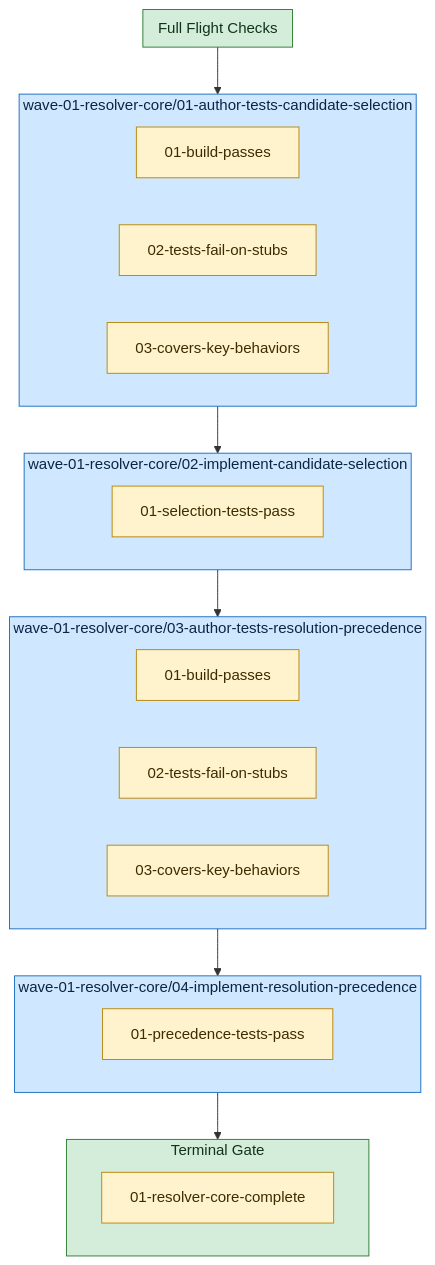
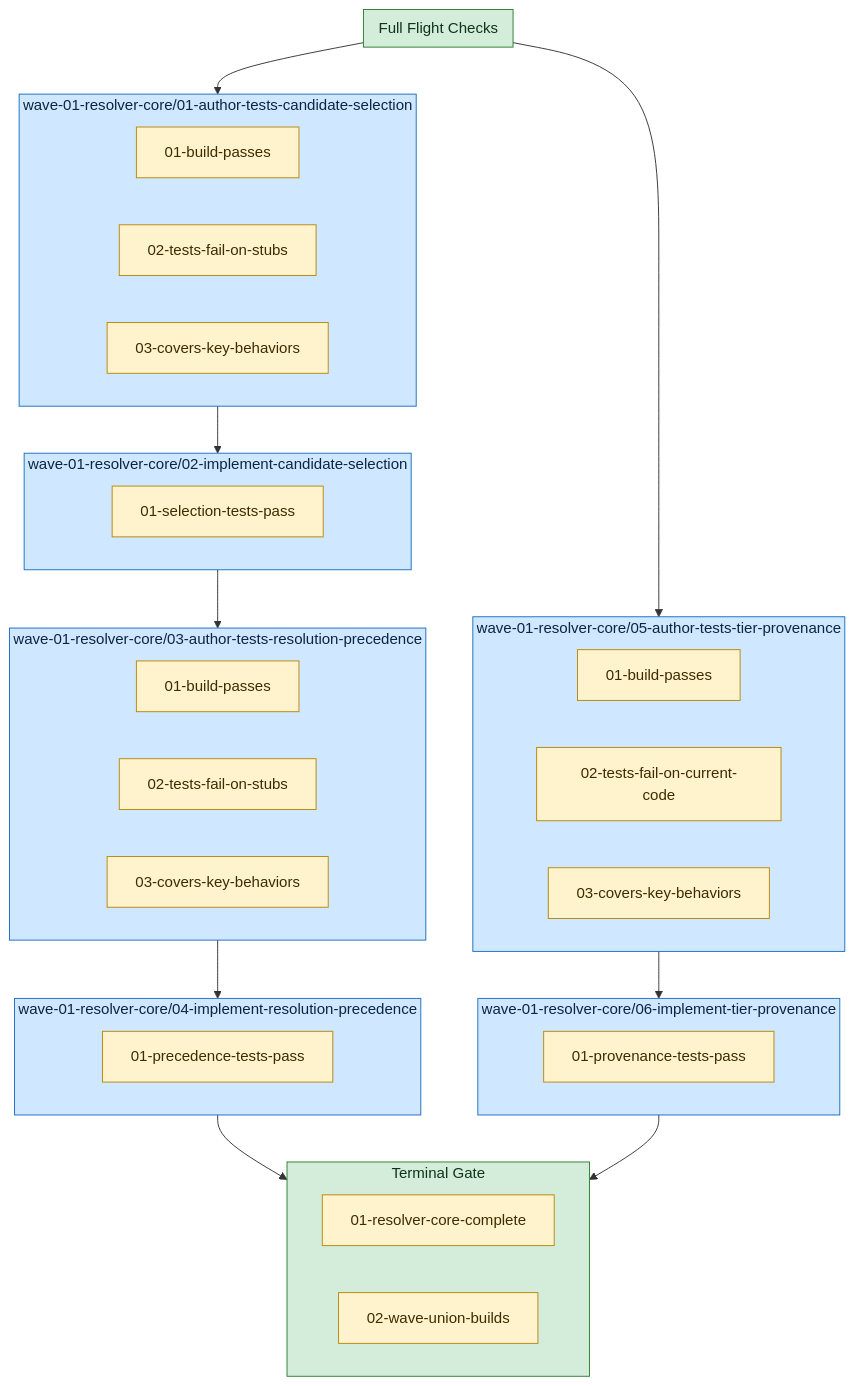
One commit to Servant-Software-LLC/Guardrails changed the diagram in docs/plans/model-tiering-stage-2/wave-01-resolver-core/diagram.md. Above: the diagram before and after it, drawn with Mermaid. The commit also changed other lines of this file and 22 other files, not shown here.

````diff
--- a/docs/plans/model-tiering-stage-2/wave-01-resolver-core/diagram.md
+++ b/docs/plans/model-tiering-stage-2/wave-01-resolver-core/diagram.md
@@ -3,37 +3,51 @@
 ```mermaid
 flowchart TD
   subgraph plan_preflights["Full Flight Checks"]
   end
   style plan_preflights fill:#d4edda,stroke:#2e7d32,color:#10341a;
   subgraph task_wave_01_resolver_core_01_author_tests_candidate_selection["wave-01-resolver-core/01-author-tests-candidate-selection"]
     task_wave_01_resolver_core_01_author_tests_candidate_selection_gr_0["01-build-passes"]:::guardrail
     task_wave_01_resolver_core_01_author_tests_candidate_selection_gr_1["02-tests-fail-on-stubs"]:::guardrail
     task_wave_01_resolver_core_01_author_tests_candidate_selection_gr_2["03-covers-key-behaviors"]:::guardrail
   end
   style task_wave_01_resolver_core_01_author_tests_candidate_selection fill:#cfe8ff,stroke:#1b6ec2,color:#0b2545;
   subgraph task_wave_01_resolver_core_02_implement_candidate_selection["wave-01-resolver-core/02-implement-candidate-selection"]
     task_wave_01_resolver_core_02_implement_candidate_selection_gr_0["01-selection-tests-pass"]:::guardrail
   end
   style task_wave_01_resolver_core_02_implement_candidate_selection fill:#cfe8ff,stroke:#1b6ec2,color:#0b2545;
   subgraph task_wave_01_resolver_core_03_author_tests_resolution_precedence["wave-01-resolver-core/03-author-tests-resolution-precedence"]
     task_wave_01_resolver_core_03_author_tests_resolution_precedence_gr_0["01-build-passes"]:::guardrail
     task_wave_01_resolver_core_03_author_tests_resolution_precedence_gr_1["02-tests-fail-on-stubs"]:::guardrail
     task_wave_01_resolver_core_03_author_tests_resolution_precedence_gr_2["03-covers-key-behaviors"]:::guardrail
   end
   style task_wave_01_resolver_core_03_author_tests_resolution_precedence fill:#cfe8ff,stroke:#1b6ec2,color:#0b2545;
   subgraph task_wave_01_resolver_core_04_implement_resolution_precedence["wave-01-resolver-core/04-implement-resolution-precedence"]
     task_wave_01_resolver_core_04_implement_resolution_precedence_gr_0["01-precedence-tests-pass"]:::guardrail
   end
   style task_wave_01_resolver_core_04_implement_resolution_precedence fill:#cfe8ff,stroke:#1b6ec2,color:#0b2545;
+  subgraph task_wave_01_resolver_core_05_author_tests_tier_provenance["wave-01-resolver-core/05-author-tests-tier-provenance"]
+    task_wave_01_resolver_core_05_author_tests_tier_provenance_gr_0["01-build-passes"]:::guardrail
+    task_wave_01_resolver_core_05_author_tests_tier_provenance_gr_1["02-tests-fail-on-current-code"]:::guardrail
+    task_wave_01_resolver_core_05_author_tests_tier_provenance_gr_2["03-covers-key-behaviors"]:::guardrail
+  end
+  style task_wave_01_resolver_core_05_author_tests_tier_provenance fill:#cfe8ff,stroke:#1b6ec2,color:#0b2545;
+  subgraph task_wave_01_resolver_core_06_implement_tier_provenance["wave-01-resolver-core/06-implement-tier-provenance"]
+    task_wave_01_resolver_core_06_implement_tier_provenance_gr_0["01-provenance-tests-pass"]:::guardrail
+  end
+  style task_wave_01_resolver_core_06_implement_tier_provenance fill:#cfe8ff,stroke:#1b6ec2,color:#0b2545;
   subgraph plan_guardrails["Terminal Gate"]
     plan_guardrails_0["01-resolver-core-complete"]:::guardrail
+    plan_guardrails_1["02-wave-union-builds"]:::guardrail
   end
   style plan_guardrails fill:#d4edda,stroke:#2e7d32,color:#10341a;
   plan_preflights --> task_wave_01_resolver_core_01_author_tests_candidate_selection
+  plan_preflights --> task_wave_01_resolver_core_05_author_tests_tier_provenance
   task_wave_01_resolver_core_01_author_tests_candidate_selection --> task_wave_01_resolver_core_02_implement_candidate_selection
   task_wave_01_resolver_core_02_implement_candidate_selection --> task_wave_01_resolver_core_03_author_tests_resolution_precedence
   task_wave_01_resolver_core_03_author_tests_resolution_precedence --> task_wave_01_resolver_core_04_implement_resolution_precedence
+  task_wave_01_resolver_core_05_author_tests_tier_provenance --> task_wave_01_resolver_core_06_implement_tier_provenance
   task_wave_01_resolver_core_04_implement_resolution_precedence --> plan_guardrails
+  task_wave_01_resolver_core_06_implement_tier_provenance --> plan_guardrails
   classDef preflight fill:#e6d7ff,stroke:#6f42c1,color:#2e1065;
   classDef guardrail fill:#fff3cd,stroke:#b8860b,color:#3d2c00;
 ```
````
